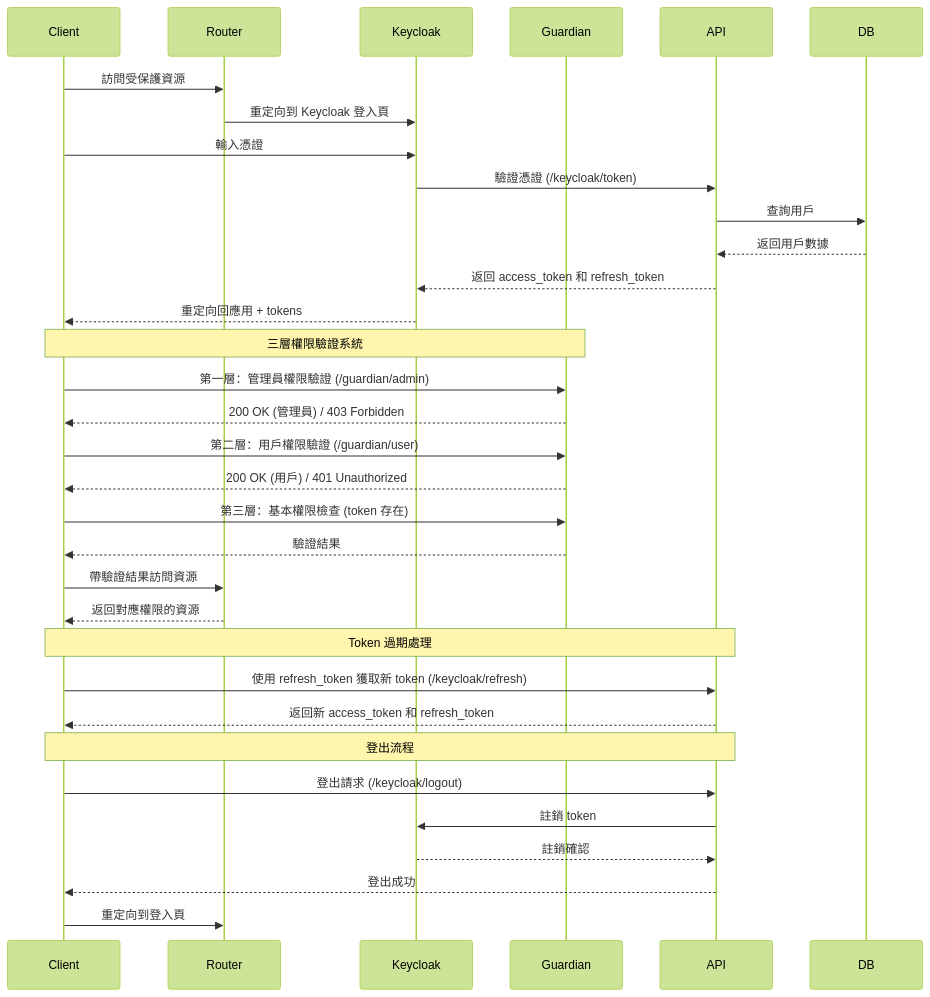
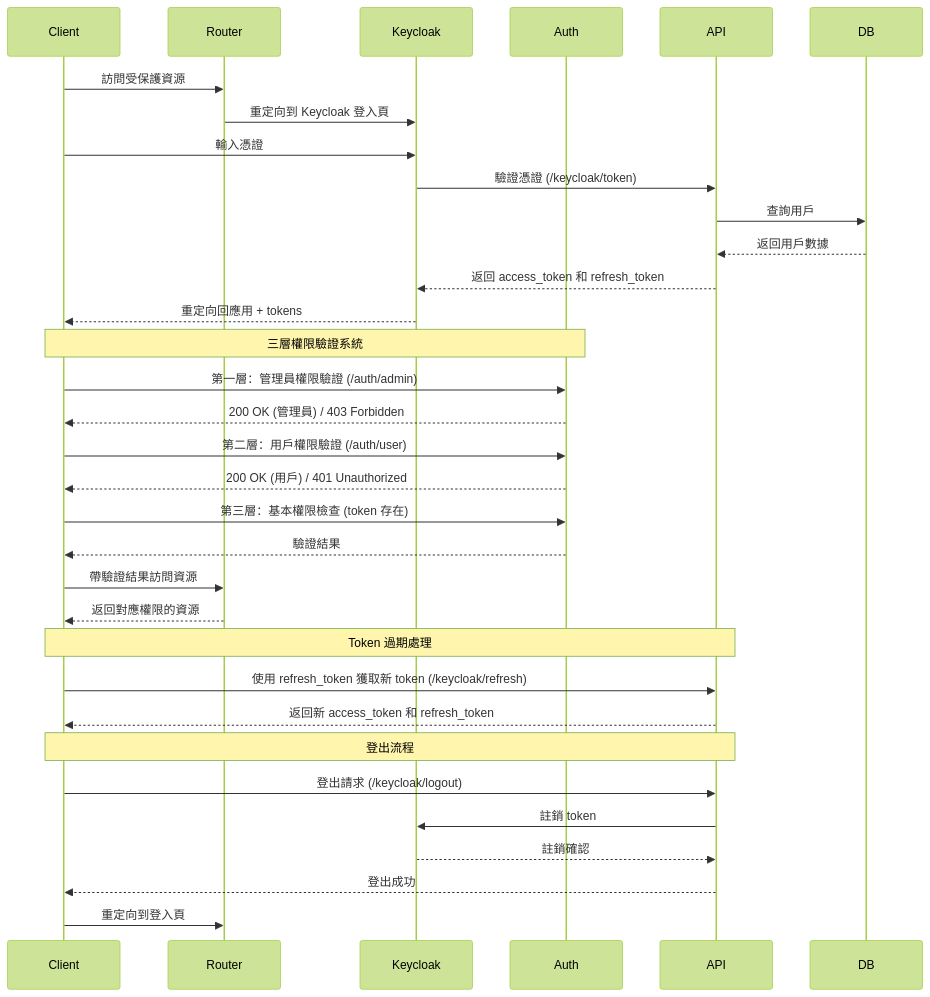
One commit to Vinskao/ty-multiverse changed the third of 11 diagrams in README.md. Above: the diagram before and after it, drawn with Mermaid (forest theme). The commit also changed other lines of this file and 45 other files, not shown here.

First line of the commit message:
feat: migrate CKEditor to JWT + gRPC architecture

````diff
--- a/README.md
+++ b/README.md
@@ -71,42 +71,42 @@
 ```mermaid
 sequenceDiagram
     participant Client
     participant Router
     participant Keycloak
-    participant Guardian
+    participant Auth
     participant API
     participant DB
     
     Client->>Router: 訪問受保護資源
     Router->>Keycloak: 重定向到 Keycloak 登入頁
     Client->>Keycloak: 輸入憑證
     Keycloak->>API: 驗證憑證 (/keycloak/token)
     API->>DB: 查詢用戶
     DB-->>API: 返回用戶數據
     API-->>Keycloak: 返回 access_token 和 refresh_token
     Keycloak-->>Client: 重定向回應用 + tokens
     
-    Note over Client,Guardian: 三層權限驗證系統
-    Client->>Guardian: 第一層：管理員權限驗證 (/guardian/admin)
-    Guardian-->>Client: 200 OK (管理員) / 403 Forbidden
-    
-    Client->>Guardian: 第二層：用戶權限驗證 (/guardian/user)
-    Guardian-->>Client: 200 OK (用戶) / 401 Unauthorized
-    
-    Client->>Guardian: 第三層：基本權限檢查 (token 存在)
-    Guardian-->>Client: 驗證結果
+    Note over Client,Auth: 三層權限驗證系統
+    Client->>Auth: 第一層：管理員權限驗證 (/auth/admin)
+    Auth-->>Client: 200 OK (管理員) / 403 Forbidden
+
+    Client->>Auth: 第二層：用戶權限驗證 (/auth/user)
+    Auth-->>Client: 200 OK (用戶) / 401 Unauthorized
+
+    Client->>Auth: 第三層：基本權限檢查 (token 存在)
+    Auth-->>Client: 驗證結果
     
     Client->>Router: 帶驗證結果訪問資源
     Router-->>Client: 返回對應權限的資源
     
     Note over Client,API: Token 過期處理
     Client->>API: 使用 refresh_token 獲取新 token (/keycloak/refresh)
     API-->>Client: 返回新 access_token 和 refresh_token
     
     Note over Client,API: 登出流程
     Client->>API: 登出請求 (/keycloak/logout)
     API->>Keycloak: 註銷 token
     Keycloak-->>API: 註銷確認
     API-->>Client: 登出成功
     Client->>Router: 重定向到登入頁
 ```
````
